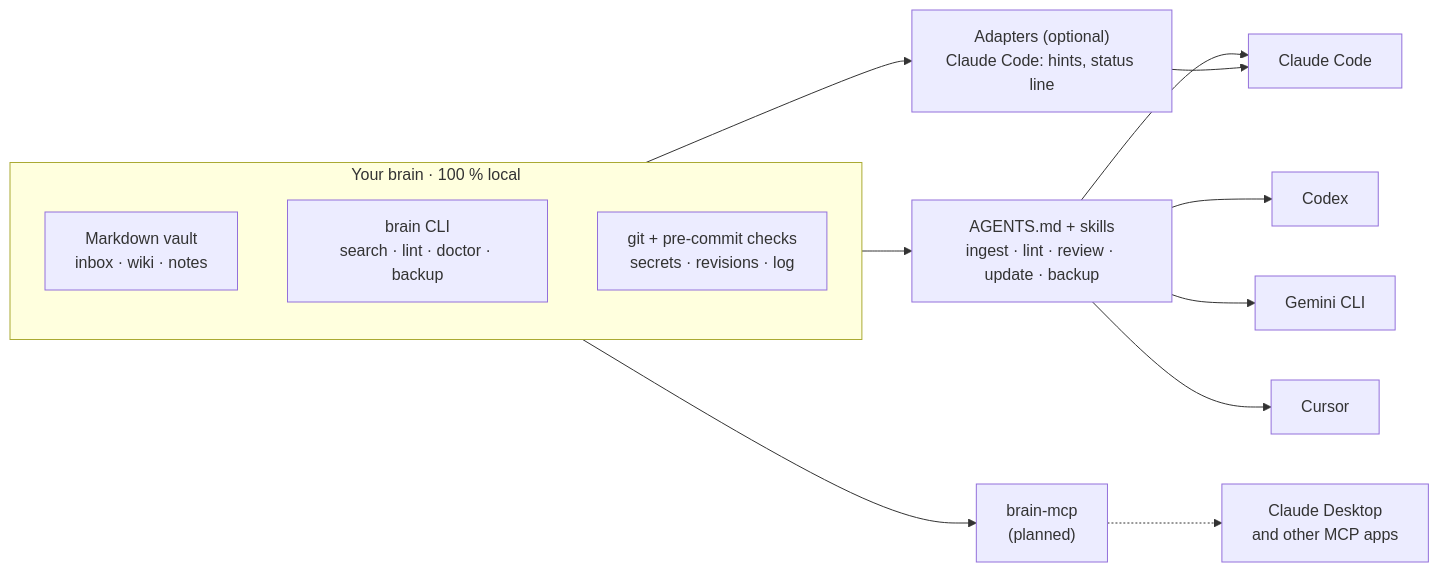
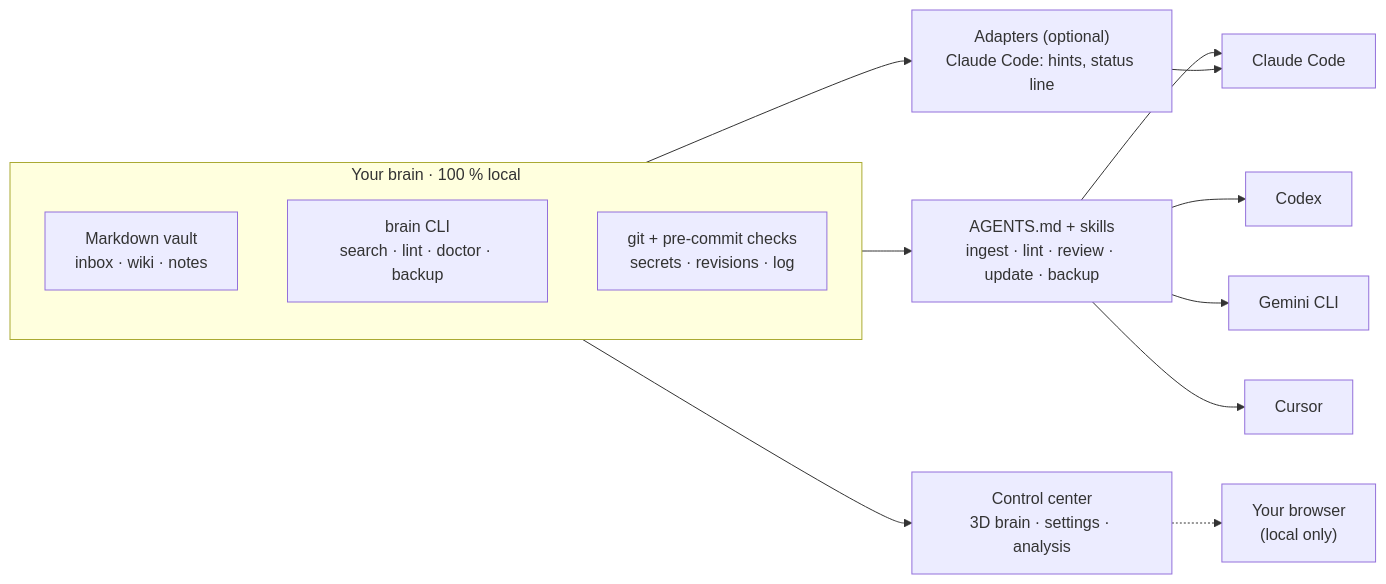
One commit to fabiobrogno/second-brain-kit changed the first of 3 diagrams in README.md. Above: the diagram before and after it, drawn with Mermaid. The commit also changed other lines of this file and 122 other files, not shown here.

````diff
--- a/README.md
+++ b/README.md
@@ -105,16 +205,16 @@
 ```mermaid
 flowchart LR
   subgraph core["Your brain · 100 % local"]
     direction TB
     V["Markdown vault<br/>inbox · wiki · notes"]
     C["brain CLI<br/>search · lint · doctor · backup"]
     G["git + pre-commit checks<br/>secrets · revisions · log"]
   end
   A["AGENTS.md + skills<br/>ingest · lint · review · update · backup"]
   D["Adapters (optional)<br/>Claude Code: hints, status line"]
-  M["brain-mcp<br/>(planned)"]
+  M["Control center<br/>3D brain · settings · analysis"]
   core --> A & D & M
   A --> T1["Claude Code"] & T2["Codex"] & T3["Gemini CLI"] & T4["Cursor"]
   D --> T1
-  M -.-> T5["Claude Desktop<br/>and other MCP apps"]
+  M -.-> T5["Your browser<br/>(local only)"]
 ```
````
